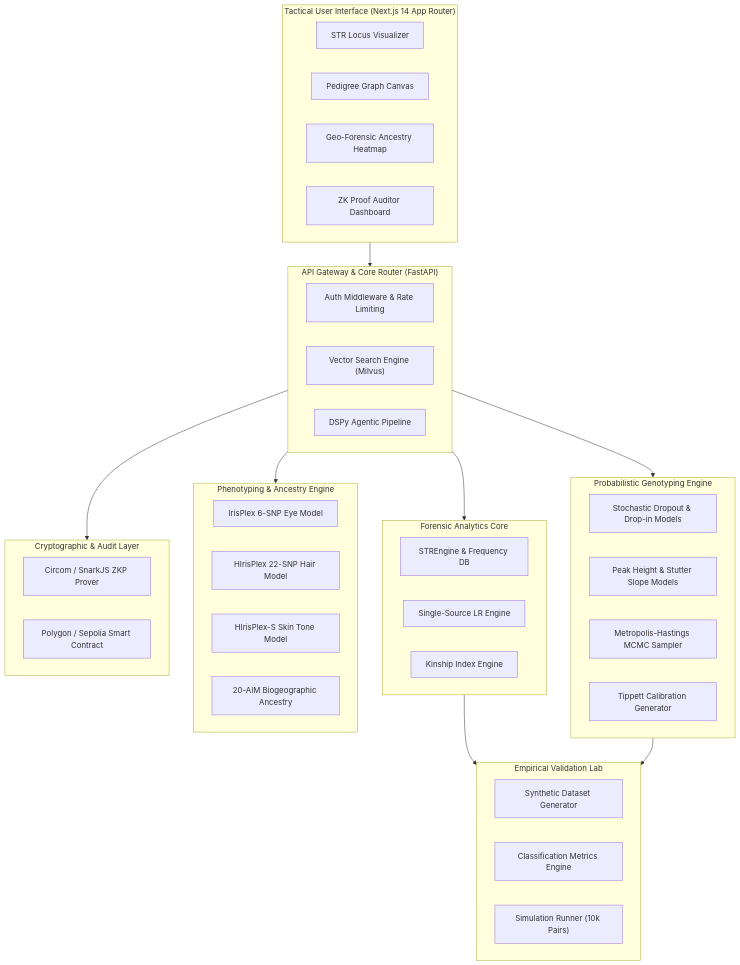
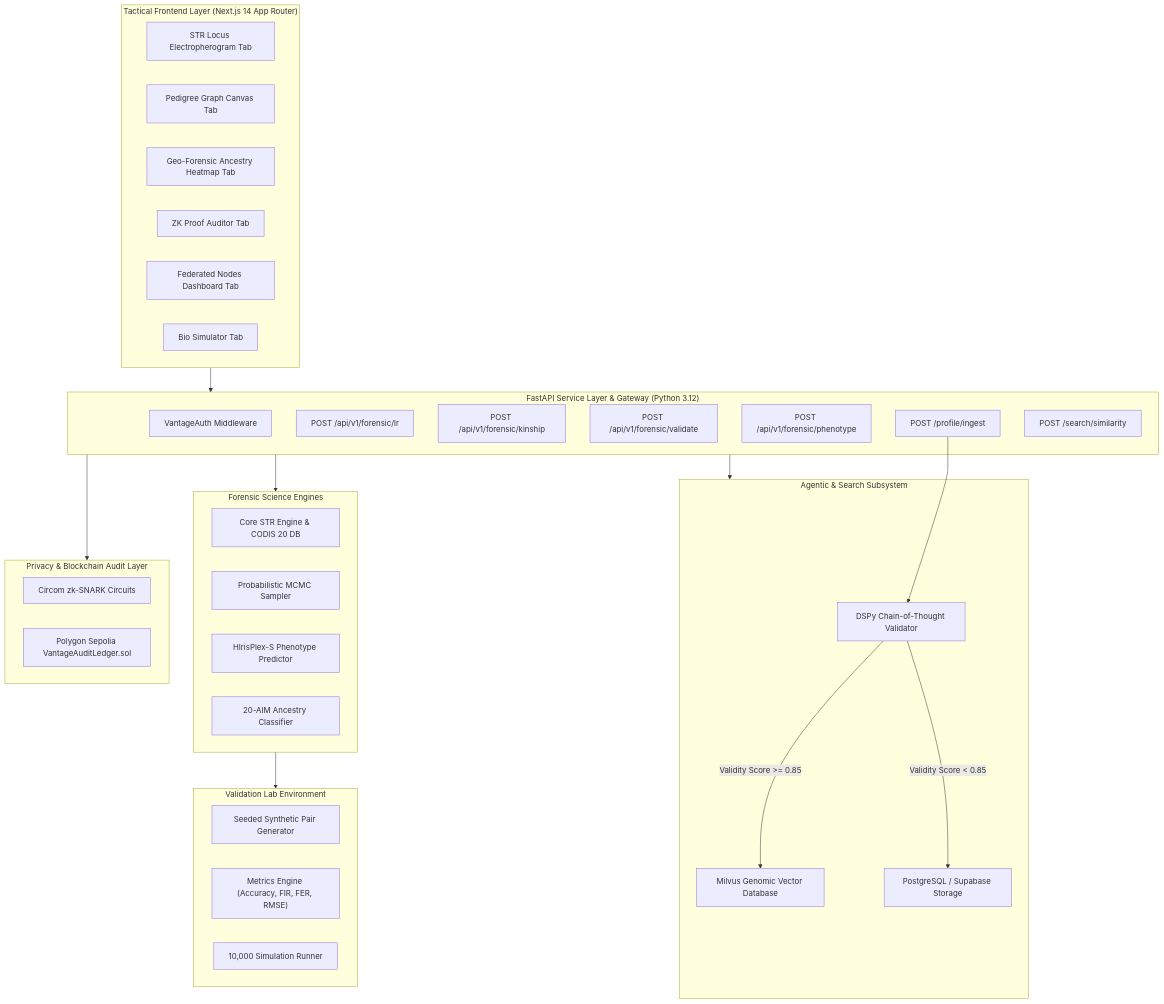
One commit to yusufcalisir/FORENZA changed the diagram in README.md. Above: the diagram before and after it, drawn with Mermaid. The commit also changed other lines of this file, not shown here.

Commit message:
docs: expand master README to encompass full system scope including frontend tabs, vector search, DSPy agent, Circom ZKP, Polygon smart contracts, module mapping table, MCMC pseudocode algorithm, and environment config

````diff
--- a/README.md
+++ b/README.md
@@ -38,54 +42,55 @@
 ```mermaid
 flowchart TD
-    subgraph ClientLayer ["Tactical User Interface (Next.js 14 App Router)"]
-        UI1["STR Locus Visualizer"]
-        UI2["Pedigree Graph Canvas"]
-        UI3["Geo-Forensic Ancestry Heatmap"]
-        UI4["ZK Proof Auditor Dashboard"]
+    subgraph ClientLayer ["Tactical Frontend Layer (Next.js 14 App Router)"]
+        UI_STR["STR Locus Electropherogram Tab"]
+        UI_PED["Pedigree Graph Canvas Tab"]
+        UI_GEO["Geo-Forensic Ancestry Heatmap Tab"]
+        UI_ZKP["ZK Proof Auditor Tab"]
+        UI_NOD["Federated Nodes Dashboard Tab"]
+        UI_SIM["Bio Simulator Tab"]
     end
 
-    subgraph ServiceGateway ["API Gateway & Core Router (FastAPI)"]
-        GW1["Auth Middleware & Rate Limiting"]
-        GW2["Vector Search Engine (Milvus)"]
-        GW3["DSPy Agentic Pipeline"]
+    subgraph APILayer ["FastAPI Service Layer & Gateway (Python 3.12)"]
+        GW_AUTH["VantageAuth Middleware"]
+        GW_LR["POST /api/v1/forensic/lr"]
+        GW_KIN["POST /api/v1/forensic/kinship"]
+        GW_VAL["POST /api/v1/forensic/validate"]
+        GW_PHE["POST /api/v1/forensic/phenotype"]
+        GW_ING["POST /profile/ingest"]
+        GW_SRC["POST /search/similarity"]
     end
 
-    subgraph ForensicCore ["Forensic Analytics Core"]
-        E1["STREngine & Frequency DB"]
-        E2["Single-Source LR Engine"]
-        E3["Kinship Index Engine"]
+    subgraph AgenticVector ["Agentic & Search Subsystem"]
+        DSPY["DSPy Chain-of-Thought Validator"]
+        MILVUS["Milvus Genomic Vector Database"]
+        PG["PostgreSQL / Supabase Storage"]
     end
 
-    subgraph ProbGenotyping ["Probabilistic Genotyping Engine"]
-        P1["Stochastic Dropout & Drop-in Models"]
-        P2["Peak Height & Stutter Slope Models"]
-        P3["Metropolis-Hastings MCMC Sampler"]
-        P4["Tippett Calibration Generator"]
+    subgraph CoreScientific ["Forensic Science Engines"]
+        ENG_STR["Core STR Engine & CODIS 20 DB"]
+        ENG_PROB["Probabilistic MCMC Sampler"]
+        ENG_PHENO["HIrisPlex-S Phenotype Predictor"]
+        ENG_BGA["20-AIM Ancestry Classifier"]
     end
 
-    subgraph PhenoBGA ["Phenotyping & Ancestry Engine"]
-        H1["IrisPlex 6-SNP Eye Model"]
-        H2["HIrisPlex 22-SNP Hair Model"]
-        H3["HIrisPlex-S Skin Tone Model"]
-        H4["20-AIM Biogeographic Ancestry"]
+    subgraph ValidationSuite ["Validation Lab Environment"]
+        VAL_GEN["Seeded Synthetic Pair Generator"]
+        VAL_MET["Metrics Engine (Accuracy, FIR, FER, RMSE)"]
+        VAL_RUN["10,000 Simulation Runner"]
     end
 
-    subgraph ValidationSuite ["Empirical Validation Lab"]
-        V1["Synthetic Dataset Generator"]
-        V2["Classification Metrics Engine"]
-        V3["Simulation Runner (10k Pairs)"]
+    subgraph CryptographicLayer ["Privacy & Blockchain Audit Layer"]
+        ZKP_CIRCOM["Circom zk-SNARK Circuits"]
+        SMART_CONTRACT["Polygon Sepolia VantageAuditLedger.sol"]
     end
 
-    subgraph CryptoLedger ["Cryptographic & Audit Layer"]
-        Z1["Circom / SnarkJS ZKP Prover"]
-        Z2["Polygon / Sepolia Smart Contract"]
-    end
+    ClientLayer --> APILayer
+    APILayer --> AgenticVector
+    APILayer --> CoreScientific
+    CoreScientific --> ValidationSuite
+    APILayer --> CryptographicLayer
 
-    ClientLayer --> ServiceGateway
-    ServiceGateway --> ForensicCore
-    ServiceGateway --> ProbGenotyping
-    ServiceGateway --> PhenoBGA
-    ForensicCore --> ValidationSuite
-    ProbGenotyping --> ValidationSuite
-    ServiceGateway --> CryptoLedger
+    GW_ING --> DSPY
+    DSPY -->|Validity Score >= 0.85| MILVUS
+    DSPY -->|Validity Score < 0.85| PG
 ```
````
